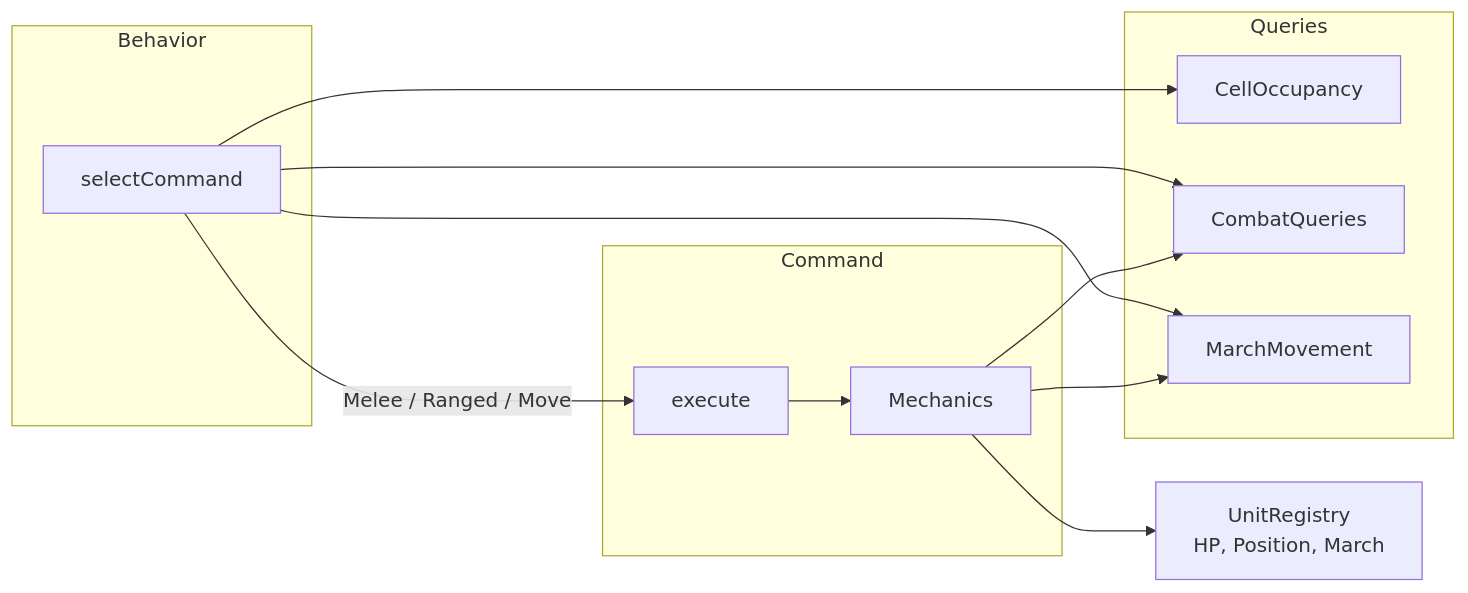
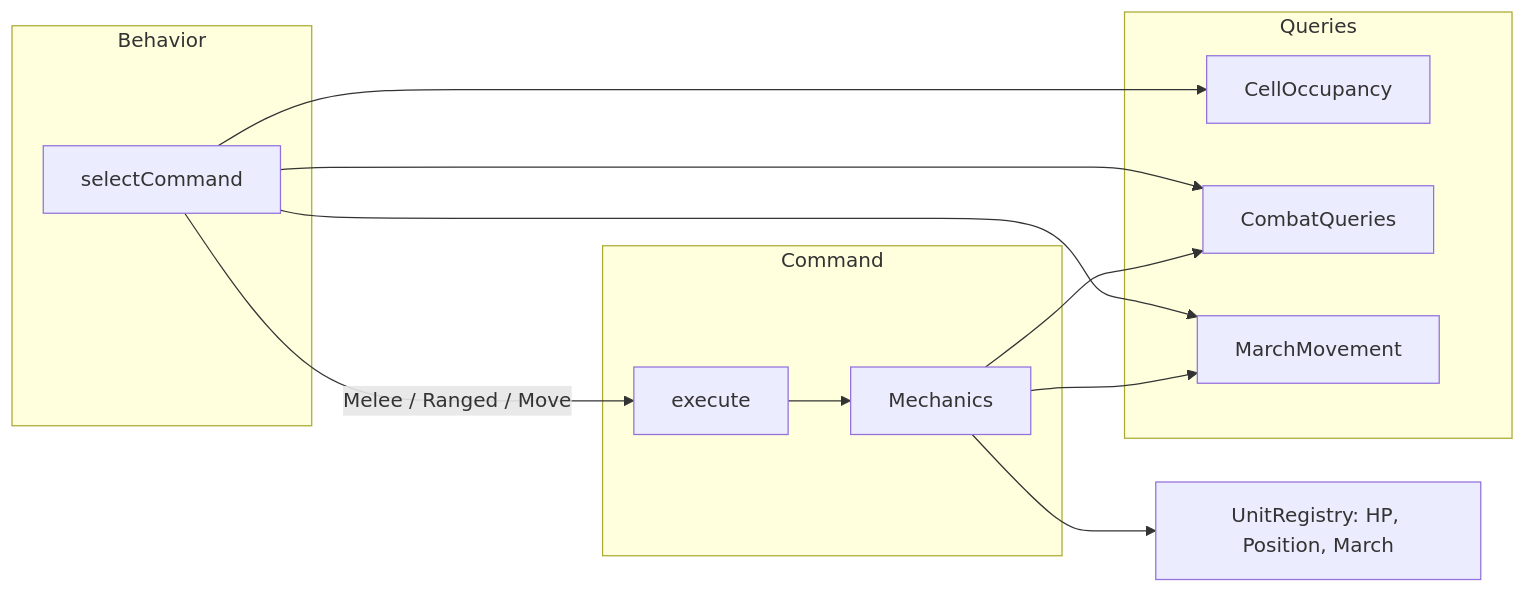
The fourth of 4 diagrams in DESIGN.md (iu-soloveva/cpp-battle-test-client), drawn with Mermaid before and after one commit. The commit also changed other lines of this file, not shown here.

````diff
--- a/DESIGN.md
+++ b/DESIGN.md
@@ -224,26 +238,26 @@
 ```mermaid
 flowchart LR
     subgraph Behavior
         SC[selectCommand]
     end
 
     subgraph Queries
         CO[CellOccupancy]
         CQ[CombatQueries]
         MM[MarchMovement]
     end
 
     subgraph Command
         EX[execute]
         ME[Mechanics]
     end
 
     SC --> CO
     SC --> CQ
     SC --> MM
     SC -->|Melee / Ranged / Move| EX
     EX --> ME
     ME --> CQ
     ME --> MM
-    ME --> UR[UnitRegistry<br/>HP, Position, March]
+    ME --> UR["UnitRegistry: HP, Position, March"]
 ```
````
